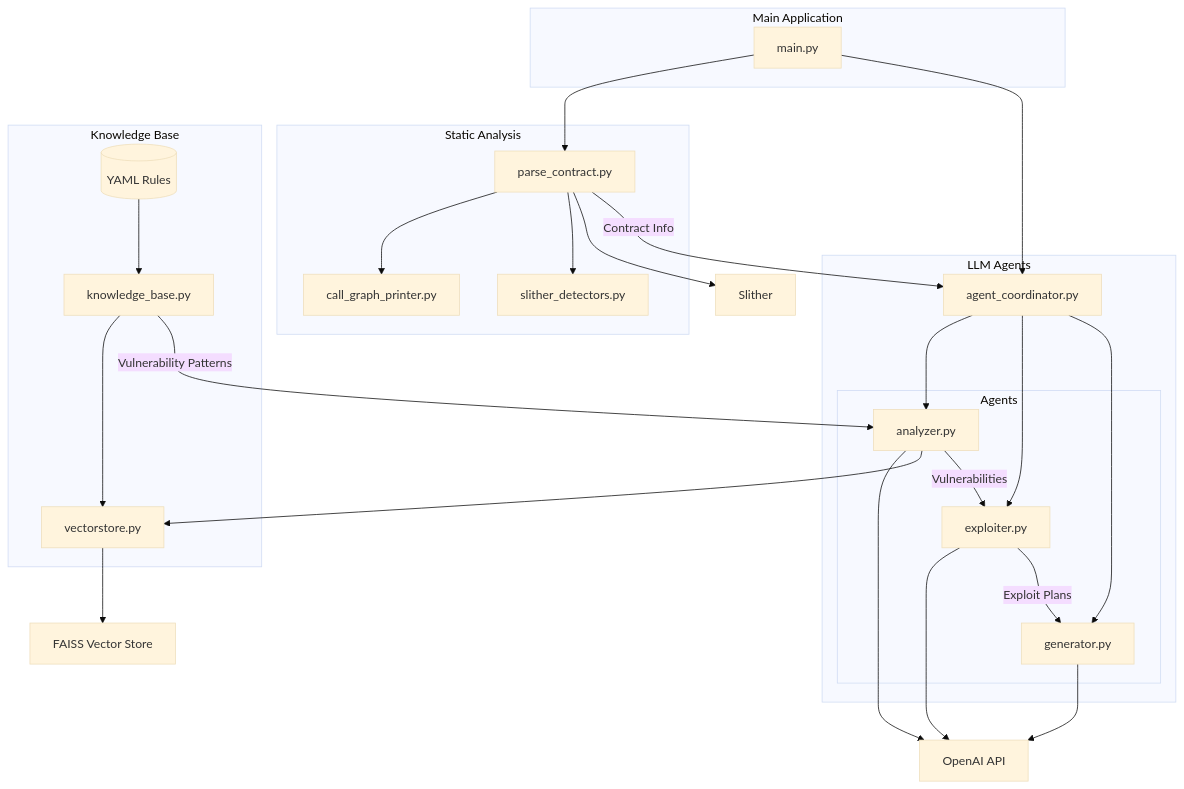
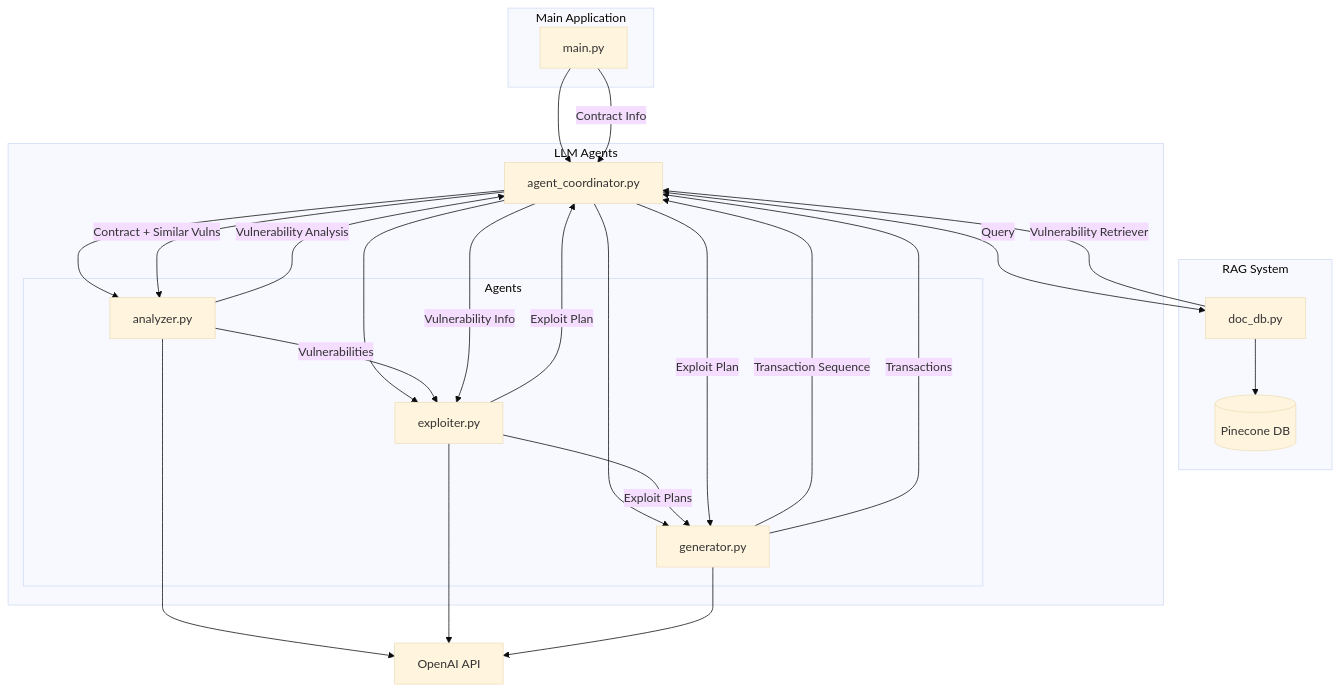
One commit to videv93/fyp-fr changed the diagram in README.md. Above: the diagram before and after it, drawn with Mermaid (base theme).

Commit message:
Update README diagram

````diff
--- a/README.md
+++ b/README.md
@@ -19,68 +19,58 @@
 ```mermaid
 graph TB
     subgraph Main Application
         main[main.py]
     end
 
-    subgraph Static Analysis
-        parser[parse_contract.py]
-        callgraph[call_graph_printer.py]
-        detectors[slither_detectors.py]
-
-        parser --> callgraph
-        parser --> detectors
-    end
-
-    subgraph Knowledge Base
-        kb[knowledge_base.py]
-        vectorstore[vectorstore.py]
-        rules[(YAML Rules)]
-
-        kb --> vectorstore
-        rules --> kb
+    subgraph RAG System
+        doc_db[doc_db.py]
+        pinecone[(Pinecone DB)]
+        doc_db --> pinecone
     end
 
     subgraph LLM Agents
         coordinator[agent_coordinator.py]
         subgraph Agents
             analyzer[analyzer.py]
             exploiter[exploiter.py]
             generator[generator.py]
         end
 
         coordinator --> analyzer
         coordinator --> exploiter
         coordinator --> generator
     end
 
     %% External Dependencies
     openai[OpenAI API]
-    slither[Slither]
-    faiss[FAISS Vector Store]
 
     %% Main Flow
-    main --> parser
     main --> coordinator
 
-    %% Static Analysis Flow
-    parser --> slither
-
-    %% Knowledge Base Flow
-    vectorstore --> faiss
+    %% RAG Flow
+    doc_db -- Vulnerability Retriever --> coordinator
+    coordinator -- Query --> doc_db
 
     %% Agent Flow
     analyzer --> openai
-    analyzer --> vectorstore
     exploiter --> openai
     generator --> openai
 
     %% Data Flow
-    parser -- Contract Info --> coordinator
-    kb -- Vulnerability Patterns --> analyzer
+    main -- Contract Info --> coordinator
     analyzer -- Vulnerabilities --> exploiter
     exploiter -- Exploit Plans --> generator
+    generator -- Transaction Sequence --> coordinator
+
+    %% Agent Communication
+    coordinator -- Contract + Similar Vulns --> analyzer
+    analyzer -- Vulnerability Analysis --> coordinator
+    coordinator -- Vulnerability Info --> exploiter
+    exploiter -- Exploit Plan --> coordinator
+    coordinator -- Exploit Plan --> generator
+    generator -- Transactions --> coordinator
 
     class main,coordinator,analyzer,exploiter,generator component
-    class openai,slither,faiss external
-    class rules storage
+    class openai external
+    class pinecone database
 ```
````
